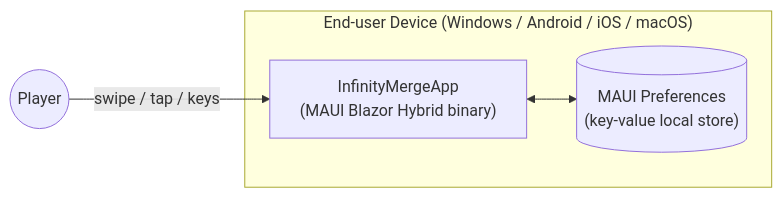
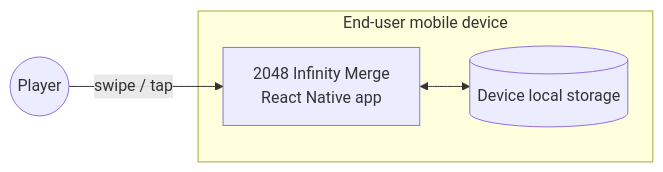
Before and after one commit to LeThaiAn15112004/2048-Infinity-Merge: the second of 6 diagrams in Docs/software_design.md, drawn with Mermaid. The commit also changed other lines of this file and 56 other files, not shown here.

Commit message:
add new project react native

````diff
--- a/Docs/software_design.md
+++ b/Docs/software_design.md
@@ -124,9 +112,10 @@
 ```mermaid
 flowchart LR
-    subgraph Device["End-user Device (Windows / Android / iOS / macOS)"]
-        App["InfinityMergeApp<br/>(MAUI Blazor Hybrid binary)"]
-        Prefs[("MAUI Preferences<br/>(key-value local store)")]
-        App <--> Prefs
+    subgraph Device["End-user mobile device"]
+        App["2048 Infinity Merge<br/>React Native app"]
+        Store[("Device local storage")]
+        App <--> Store
     end
-    Player(("Player")) -- swipe / tap / keys --> App
+
+    Player(("Player")) -- "swipe / tap" --> App
 ```
````
